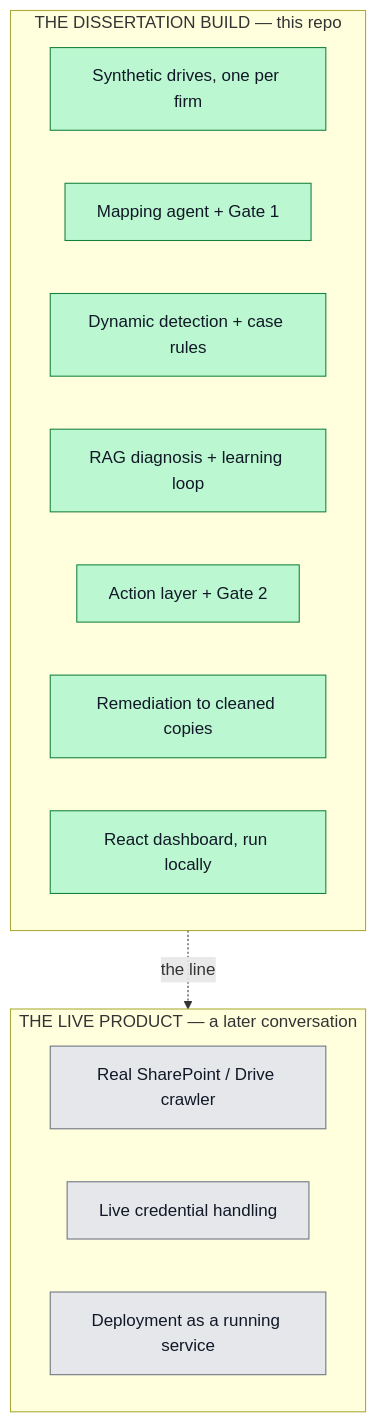
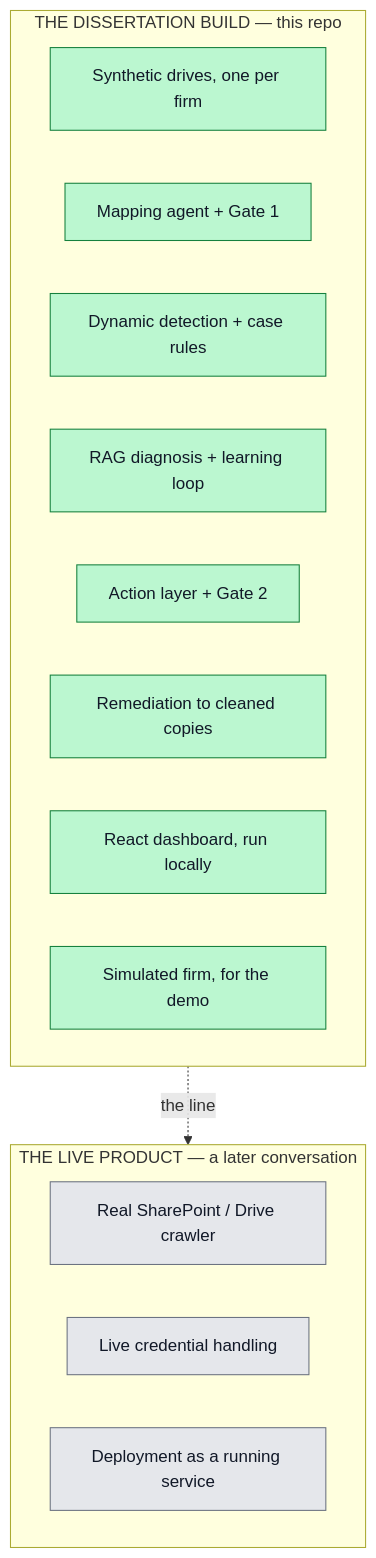
One commit to Emmett-M-Dev/bottleneck-ingest changed the diagram in wiki/Scope-and-Status.md. Above: the diagram before and after it, drawn with Mermaid. The commit also changed other lines of this file and 16 other files, not shown here.

````diff
--- a/wiki/Scope-and-Status.md
+++ b/wiki/Scope-and-Status.md
@@ -7,25 +7,26 @@
 ```mermaid
 flowchart TD
     subgraph IN["THE DISSERTATION BUILD — this repo"]
         A["Synthetic drives, one per firm"]
         B["Mapping agent + Gate 1"]
         C["Dynamic detection + case rules"]
         D["RAG diagnosis + learning loop"]
         E["Action layer + Gate 2"]
         F["Remediation to cleaned copies"]
         G["React dashboard, run locally"]
+        S["Simulated firm, for the demo"]
     end
 
     subgraph OUT["THE LIVE PRODUCT — a later conversation"]
         H["Real SharePoint / Drive crawler"]
         I["Live credential handling"]
         J["Deployment as a running service"]
     end
 
     IN -.->|"the line"| OUT
 
     classDef ok fill:#bbf7d0,stroke:#15803d,color:#111827
     classDef no fill:#e5e7eb,stroke:#6b7280,color:#111827
-    class A,B,C,D,E,F,G ok
+    class A,B,C,D,E,F,G,S ok
     class H,I,J no
 ```
````
